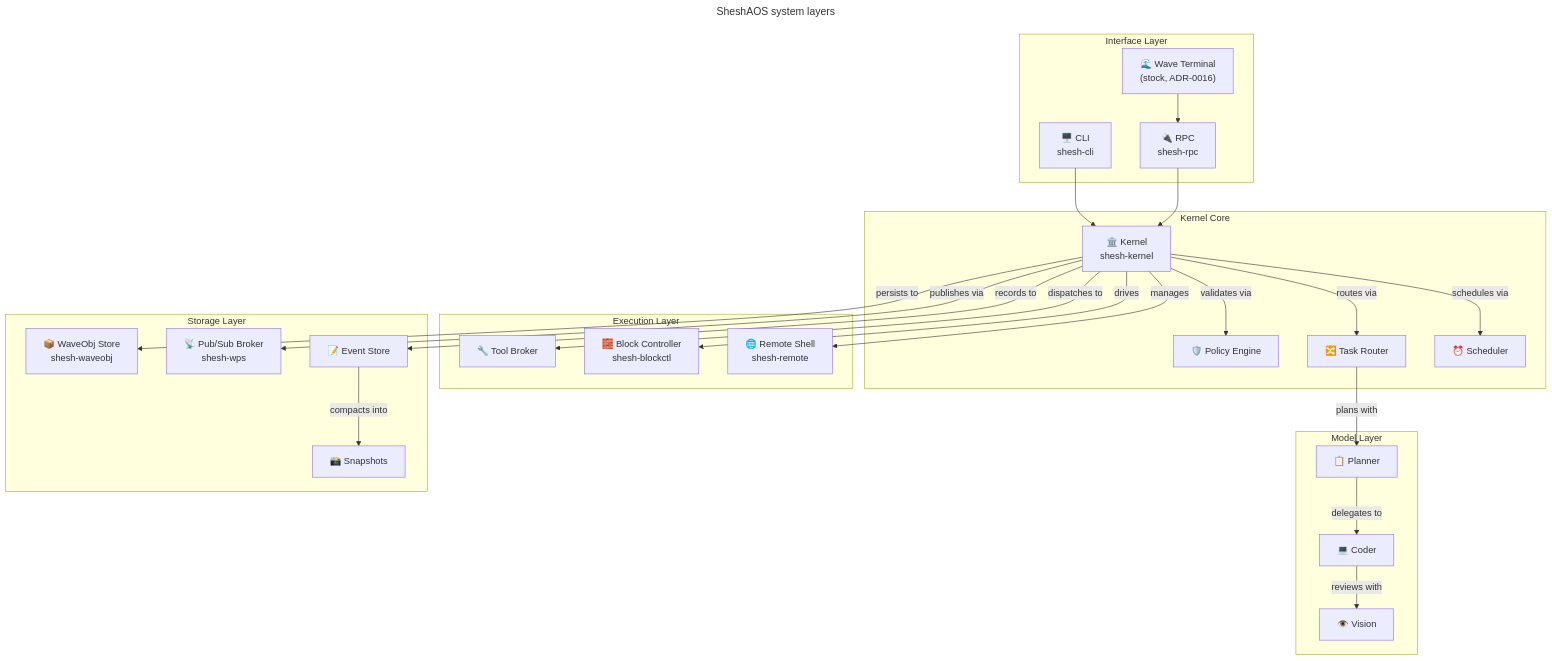
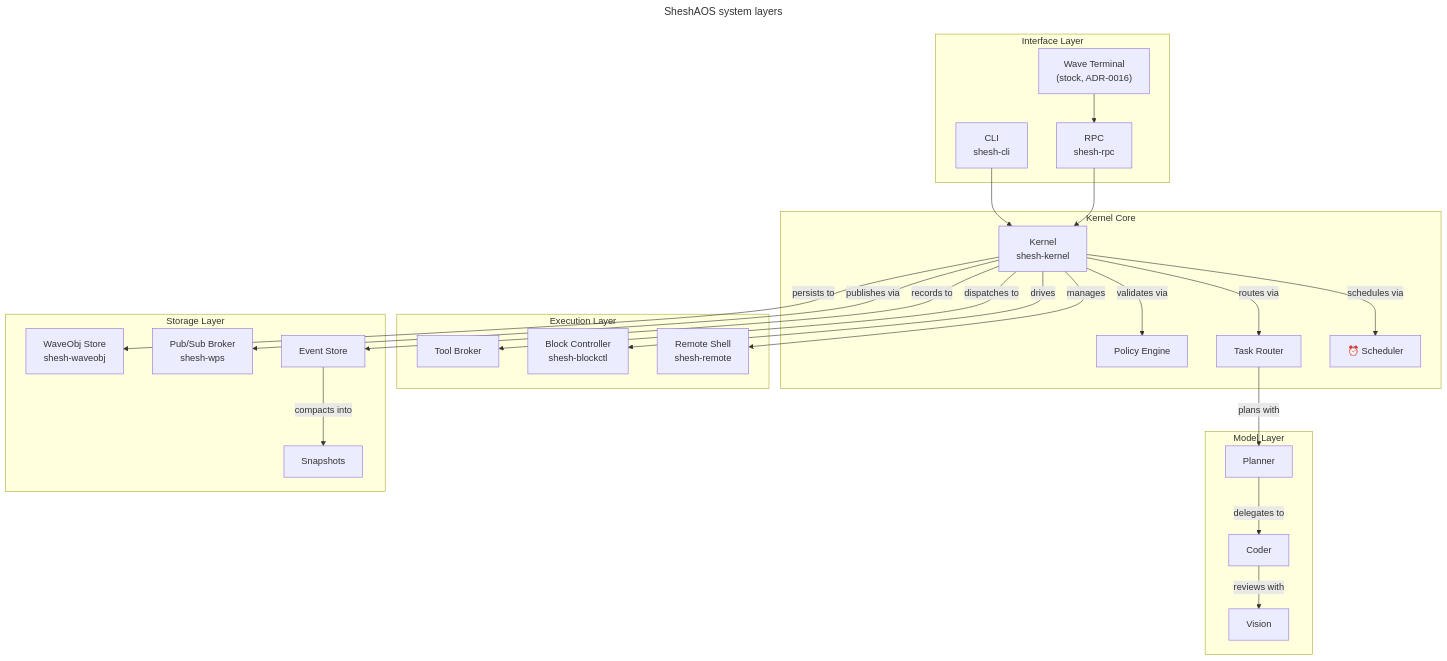
One commit to gaganjainse/SheshAOS changed the first of 4 diagrams in README.md. Above: the diagram before and after it, drawn with Mermaid. The commit also changed other lines of this file, not shown here.

````diff
--- a/README.md
+++ b/README.md
@@ -63,49 +60,49 @@
 ```mermaid
 ---
 title: SheshAOS system layers
 ---
 graph TB
     subgraph interface["Interface Layer"]
-        CLI["🖥️ CLI<br/>shesh-cli"]
-        WAVE["🌊 Wave Terminal<br/>(stock, ADR-0016)"]
-        RPC["🔌 RPC<br/>shesh-rpc"]
+        CLI[" CLI<br/>shesh-cli"]
+        WAVE[" Wave Terminal<br/>(stock, ADR-0016)"]
+        RPC[" RPC<br/>shesh-rpc"]
     end
     subgraph kernel["Kernel Core"]
-        K["🏛️ Kernel<br/>shesh-kernel"]
-        P["🛡️ Policy Engine"]
-        R["🔀 Task Router"]
+        K[" Kernel<br/>shesh-kernel"]
+        P[" Policy Engine"]
+        R[" Task Router"]
         S["⏰ Scheduler"]
     end
     subgraph model["Model Layer"]
-        PL["📋 Planner"]
-        CO["💻 Coder"]
-        VI["👁️ Vision"]
+        PL[" Planner"]
+        CO[" Coder"]
+        VI[" Vision"]
     end
     subgraph exec["Execution Layer"]
-        T["🔧 Tool Broker"]
-        B["🧱 Block Controller<br/>shesh-blockctl"]
-        RM["🌐 Remote Shell<br/>shesh-remote"]
+        T[" Tool Broker"]
+        B[" Block Controller<br/>shesh-blockctl"]
+        RM[" Remote Shell<br/>shesh-remote"]
     end
     subgraph storage["Storage Layer"]
-        WO["📦 WaveObj Store<br/>shesh-waveobj"]
-        WP["📡 Pub/Sub Broker<br/>shesh-wps"]
-        ES["📝 Event Store"]
-        SN["📸 Snapshots"]
+        WO[" WaveObj Store<br/>shesh-waveobj"]
+        WP[" Pub/Sub Broker<br/>shesh-wps"]
+        ES[" Event Store"]
+        SN[" Snapshots"]
     end
     CLI --> K
     WAVE --> RPC
     RPC --> K
     K -->|validates via| P
     K -->|routes via| R
     K -->|schedules via| S
     R -->|plans with| PL
     PL -->|delegates to| CO
     CO -->|reviews with| VI
     K -->|dispatches to| T
     K -->|drives| B
     K -->|manages| RM
     K -->|persists to| WO
     K -->|publishes via| WP
     K -->|records to| ES
     ES -->|compacts into| SN
 ```
````
